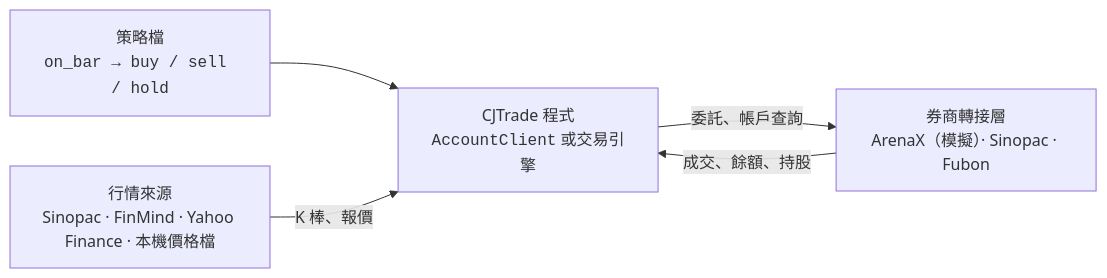
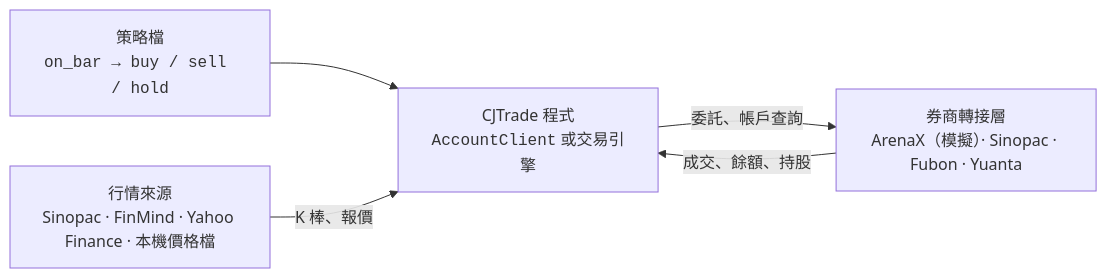
The diagram in doc/index.zh-TW.md (jackiesogi/CJTrade), drawn with Mermaid before and after one commit. The commit also changed other lines of this file and 27 other files, not shown here.

First line of the commit message:
Document Yuanta and mark Fubon and Yuanta as testing in progress

````diff
--- a/doc/index.zh-TW.md
+++ b/doc/index.zh-TW.md
@@ -16,7 +16,7 @@
 ```mermaid
 flowchart LR
     S["策略檔<br/><code>on_bar → buy / sell / hold</code>"] --> C["CJTrade 程式<br/><code>AccountClient</code> 或交易引擎"]
-    C -- "委託、帳戶查詢" --> B["券商轉接層<br/>ArenaX（模擬）· Sinopac · Fubon"]
+    C -- "委託、帳戶查詢" --> B["券商轉接層<br/>ArenaX（模擬）· Sinopac · Fubon · Yuanta"]
     B -- "成交、餘額、持股" --> C
     M["行情來源<br/>Sinopac · FinMind · Yahoo Finance · 本機價格檔"] -- "K 棒、報價" --> C
 ```
````
